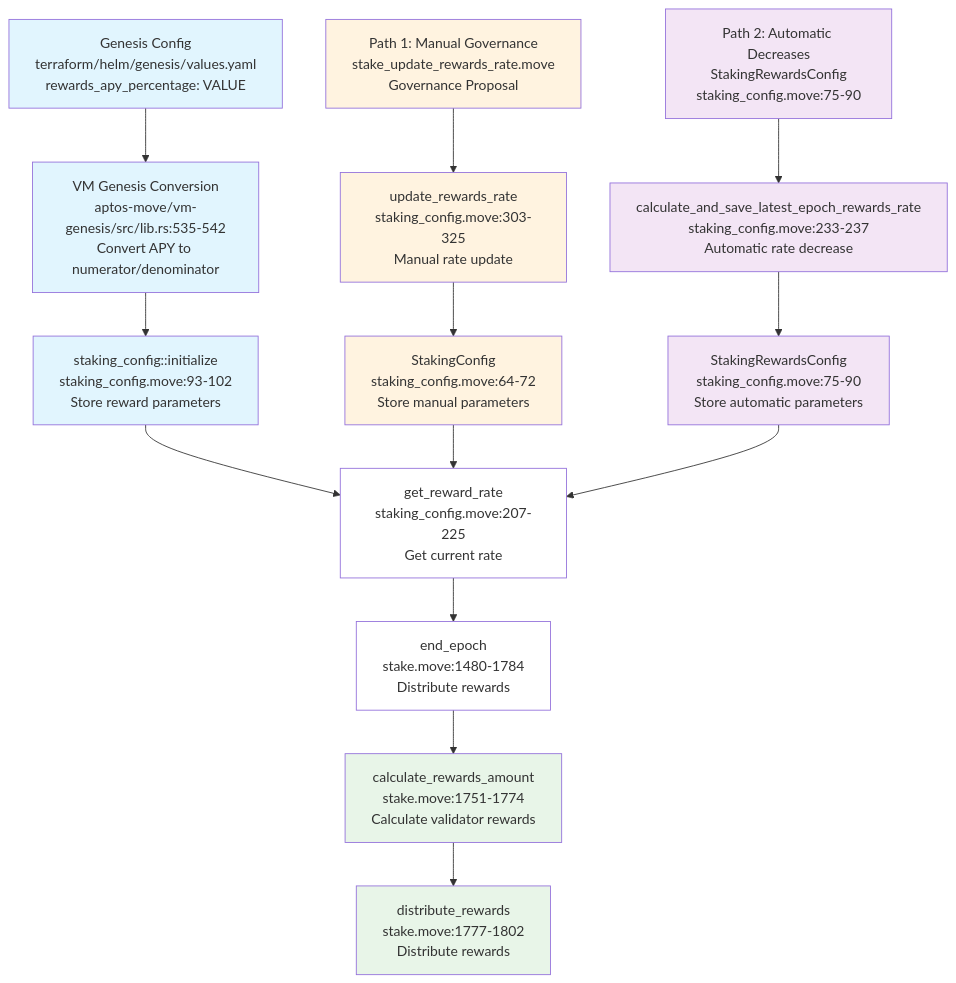
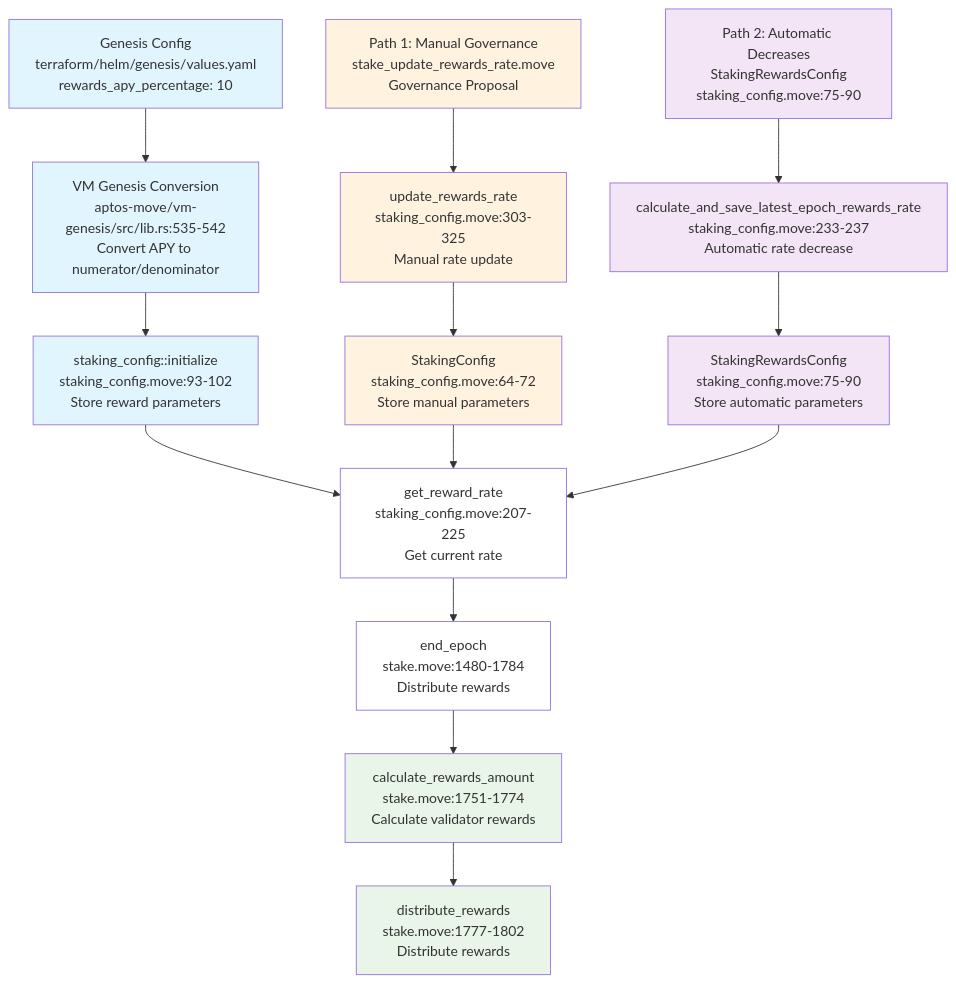
The diagram in MIP/mip-125/README.md (movementlabsxyz/MIP), drawn with Mermaid before and after one commit. The commit also changed other lines of this file, not shown here.

````diff
--- a/MIP/mip-125/README.md
+++ b/MIP/mip-125/README.md
@@ -166,34 +180,34 @@
 ```mermaid
 graph TD
-    A[Genesis Config<br/>terraform/helm/genesis/values.yaml<br/>rewards_apy_percentage: VALUE] --> B[VM Genesis Conversion<br/>aptos-move/vm-genesis/src/lib.rs:535-542<br/>Convert APY to numerator/denominator]
+    A[Genesis Config<br/>terraform/helm/genesis/values.yaml<br/>rewards_apy_percentage: 10] --> B[VM Genesis Conversion<br/>aptos-move/vm-genesis/src/lib.rs:535-542<br/>Convert APY to numerator/denominator]
     
     C[Path 1: Manual Governance<br/>stake_update_rewards_rate.move<br/>Governance Proposal] --> D[update_rewards_rate<br/>staking_config.move:303-325<br/>Manual rate update]
     
     E[Path 2: Automatic Decreases<br/>StakingRewardsConfig<br/>staking_config.move:75-90] --> F[calculate_and_save_latest_epoch_rewards_rate<br/>staking_config.move:233-237<br/>Automatic rate decrease]
     
     B --> G[staking_config::initialize<br/>staking_config.move:93-102<br/>Store reward parameters]
     D --> H[StakingConfig<br/>staking_config.move:64-72<br/>Store manual parameters]
     F --> I[StakingRewardsConfig<br/>staking_config.move:75-90<br/>Store automatic parameters]
     
     G --> J[get_reward_rate<br/>staking_config.move:207-225<br/>Get current rate]
     H --> J
     I --> J
     
     J --> K[end_epoch<br/>stake.move:1480-1784<br/>Distribute rewards]
     K --> L[calculate_rewards_amount<br/>stake.move:1751-1774<br/>Calculate validator rewards]
     L --> M[distribute_rewards<br/>stake.move:1777-1802<br/>Distribute rewards]
     
     style A fill:#e1f5fe
     style B fill:#e1f5fe
     style G fill:#e1f5fe
     style C fill:#fff3e0
     style D fill:#fff3e0
     style H fill:#fff3e0
     style E fill:#f3e5f5
     style F fill:#f3e5f5
     style I fill:#f3e5f5
     style J fill:#ffffff
     style K fill:#ffffff
     style L fill:#e8f5e8
     style M fill:#e8f5e8
 ```
````
